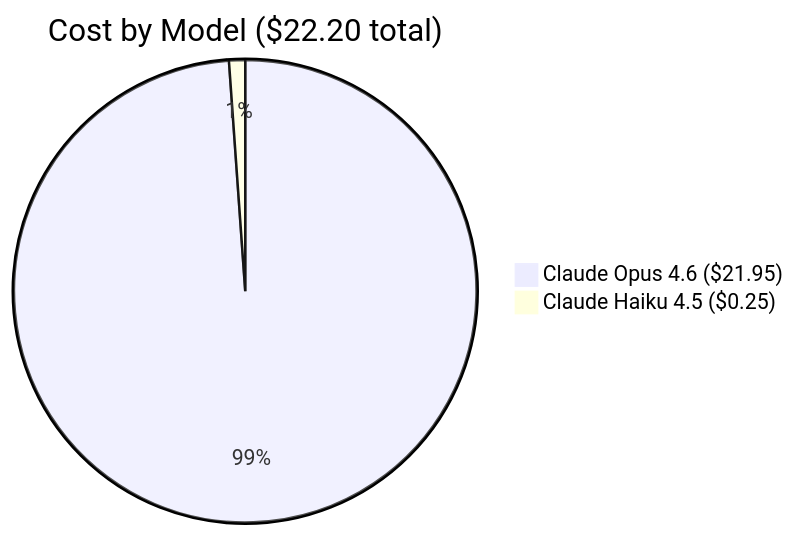
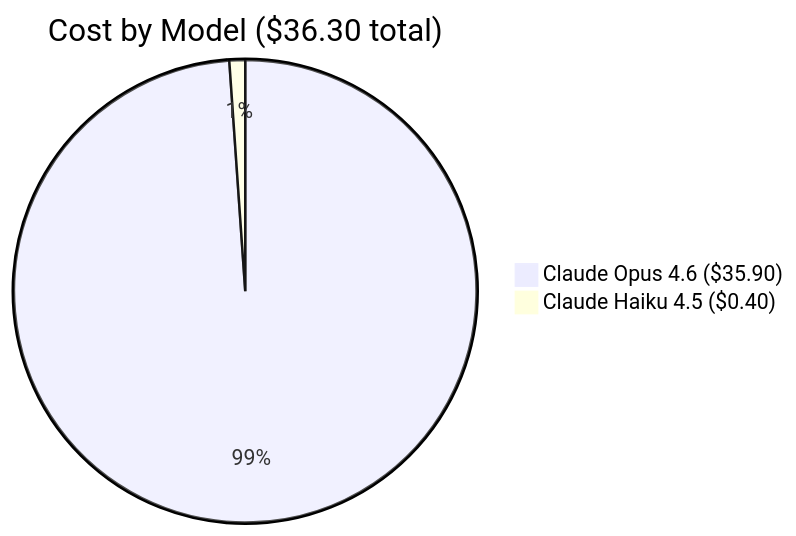
One commit to atlantdak/claude-code-hackathon-xbo-market-kit changed the fourth of 8 diagrams in README.md. Above: the diagram before and after it, drawn with Mermaid. The commit also changed other lines of this file and 3 other files, not shown here.

````diff
--- a/README.md
+++ b/README.md
@@ -91,5 +94,5 @@
 ```mermaid
-pie title Cost by Model ($22.20 total)
-    "Claude Opus 4.6 ($21.95)" : 2195
-    "Claude Haiku 4.5 ($0.25)" : 25
+pie title Cost by Model ($36.30 total)
+    "Claude Opus 4.6 ($35.90)" : 3590
+    "Claude Haiku 4.5 ($0.40)" : 40
 ```
````
